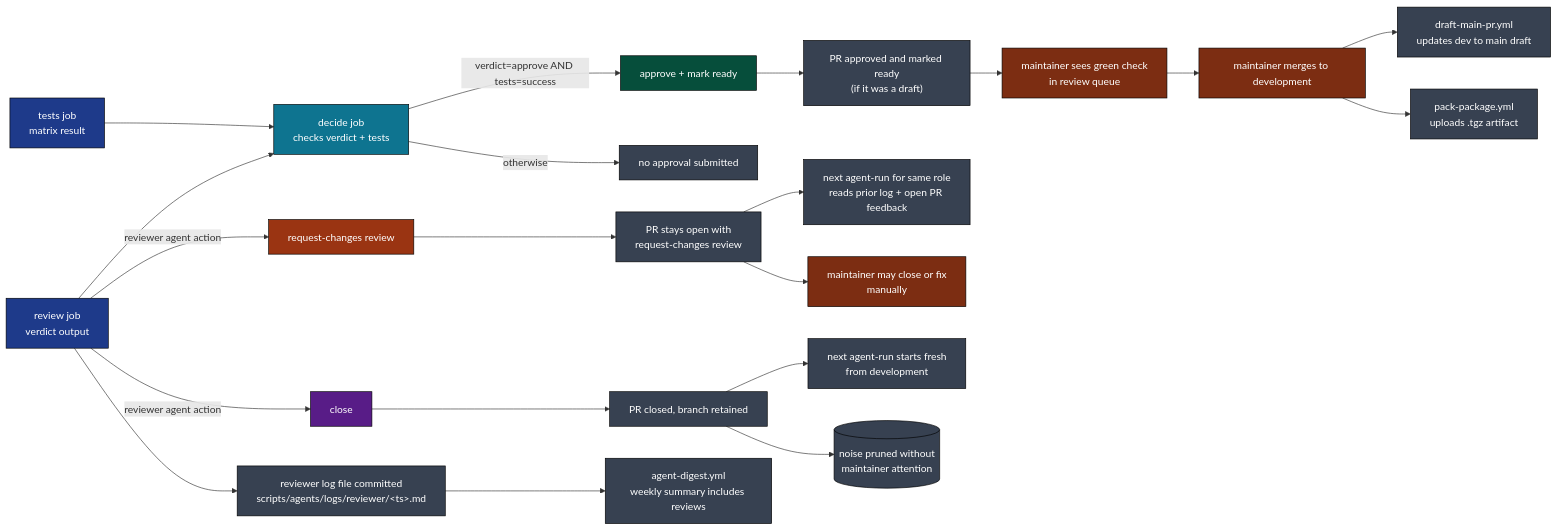
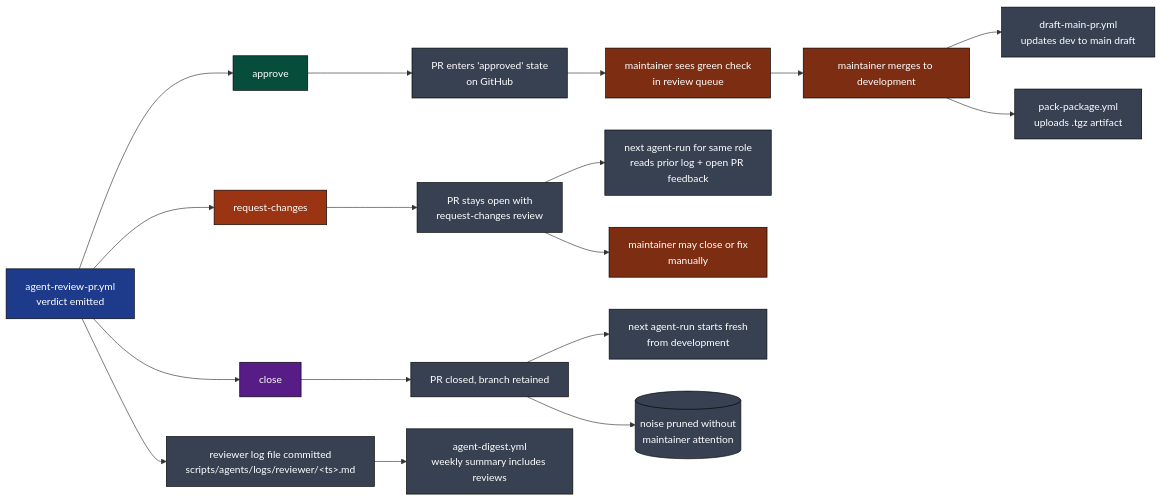
The ninth of 12 diagrams in .github/docs/AGENT_REVIEW_PR_DEEP_DIVE.md (gregreindel/llm-exe), drawn with Mermaid before and after one commit. The commit also changed other lines of this file and 4 other files, not shown here.

Commit message:
docs: sync deep dives after agent-review-pr and docs-sync workflow changes

````diff
--- a/.github/docs/AGENT_REVIEW_PR_DEEP_DIVE.md
+++ b/.github/docs/AGENT_REVIEW_PR_DEEP_DIVE.md
@@ -441,39 +440,32 @@
 ```mermaid
 flowchart LR
     classDef src fill:#1e3a8a,color:#fff,stroke:#000
     classDef good fill:#064e3b,color:#fff,stroke:#000
     classDef bad fill:#9a3412,color:#fff,stroke:#000
     classDef close fill:#581c87,color:#fff,stroke:#000
     classDef cons fill:#374151,color:#fff,stroke:#000
     classDef human fill:#7c2d12,color:#fff,stroke:#000
-    classDef gate fill:#0e7490,color:#fff,stroke:#000
 
-    RV["review job\nverdict output"]:::src
-    TST["tests job\nmatrix result"]:::src
+    AR["agent-review-pr.yml\nverdict emitted"]:::src
 
-    RV --> DEC["decide job\nchecks verdict + tests"]:::gate
-    TST --> DEC
+    AR --> V1[approve]:::good
+    AR --> V2[request-changes]:::bad
+    AR --> V3[close]:::close
 
-    DEC -->|verdict=approve AND tests=success| V1[approve + mark ready]:::good
-    DEC -->|otherwise| SKIP["no approval submitted"]:::cons
-
-    RV -->|reviewer agent action| V2[request-changes review]:::bad
-    RV -->|reviewer agent action| V3[close]:::close
-
-    V1 --> C1["PR approved and marked ready\n(if it was a draft)"]:::cons
+    V1 --> C1["PR enters 'approved' state\non GitHub"]:::cons
     C1 --> M1["maintainer sees green check\nin review queue"]:::human
     M1 --> M2["maintainer merges to development"]:::human
     M2 --> D1["draft-main-pr.yml\nupdates dev to main draft"]:::cons
     M2 --> D2["pack-package.yml\nuploads .tgz artifact"]:::cons
 
     V2 --> C2["PR stays open with\nrequest-changes review"]:::cons
     C2 --> N1["next agent-run for same role\nreads prior log + open PR feedback"]:::cons
     C2 --> M3["maintainer may close or fix\nmanually"]:::human
 
     V3 --> C3["PR closed, branch retained"]:::cons
     C3 --> N2["next agent-run starts fresh\nfrom development"]:::cons
     C3 --> X[("noise pruned without\nmaintainer attention")]:::cons
 
-    RV --> L["reviewer log file committed\nscripts/agents/logs/reviewer/&lt;ts&gt;.md"]:::cons
+    AR --> L["reviewer log file committed\nscripts/agents/logs/reviewer/&lt;ts&gt;.md"]:::cons
     L --> DG["agent-digest.yml\nweekly summary includes reviews"]:::cons
 ```
````
